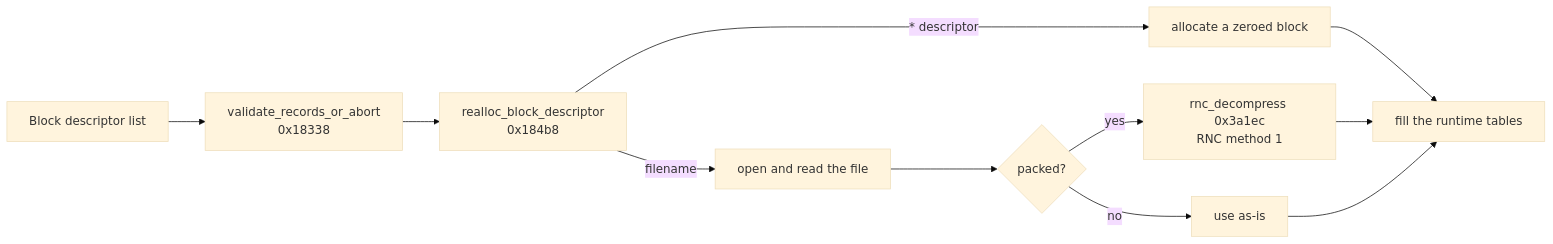
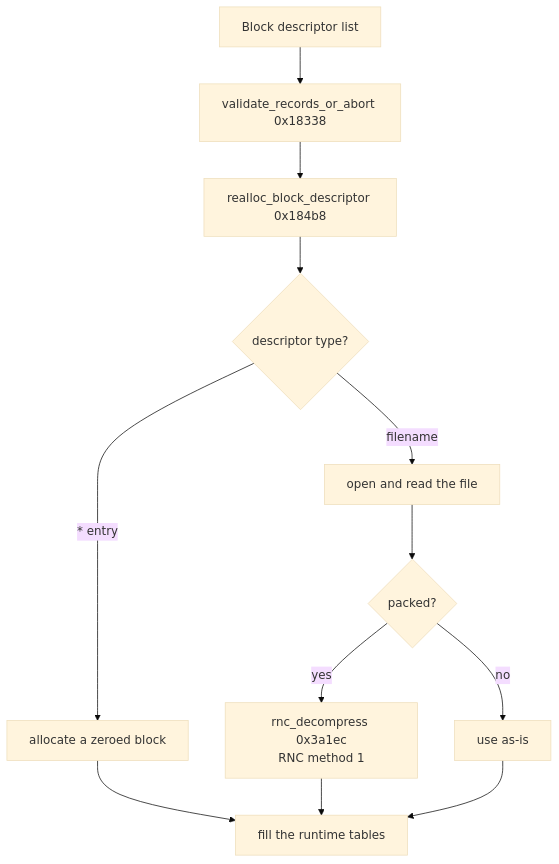
One commit to WildPress/vibesynd changed the fourth of 4 diagrams in docs/game-systems.md. Above: the diagram before and after it, drawn with Mermaid (base theme). The commit also changed other lines of this file, not shown here.

Commit message:
docs: make game-systems diagrams flow vertically (TD) for mobile, not horizontal

````diff
--- a/docs/game-systems.md
+++ b/docs/game-systems.md
@@ -299,13 +297,14 @@
 ```mermaid
-flowchart LR
-    L["Block descriptor list"] --> V["validate_records_or_abort<br/>0x18338"]
-    V --> R["realloc_block_descriptor<br/>0x184b8"]
-    R -->|"* descriptor"| Z["allocate a zeroed block"]
-    R -->|filename| O["open and read the file"]
+flowchart TD
+    L["Block descriptor list"] --> V["validate_records_or_abort 0x18338"]
+    V --> R["realloc_block_descriptor 0x184b8"]
+    R --> D{"descriptor type?"}
+    D -->|"* entry"| Z["allocate a zeroed block"]
+    D -->|filename| O["open and read the file"]
     O --> Q{"packed?"}
     Q -->|yes| X["rnc_decompress 0x3a1ec<br/>RNC method 1"]
     Q -->|no| K["use as-is"]
     Z --> T["fill the runtime tables"]
     X --> T
     K --> T
 ```
````
